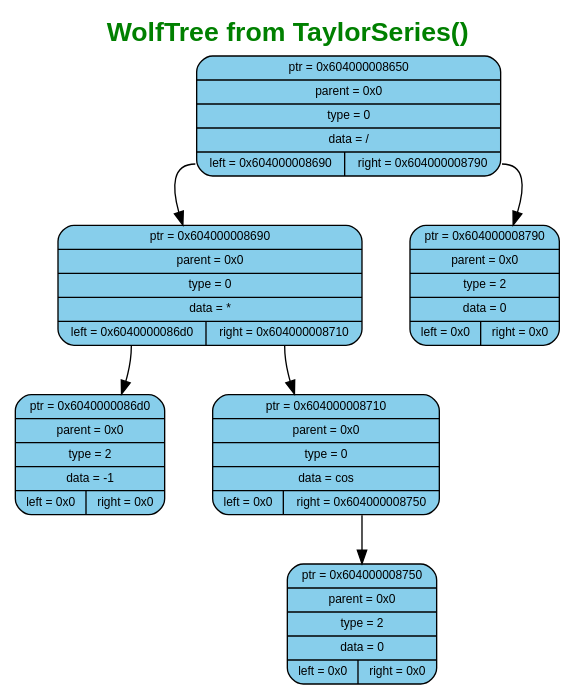
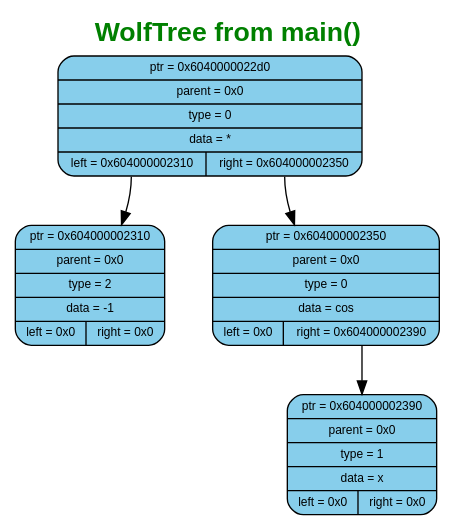
The diagram in WOLFRAM_SIGMA/ReportFiles/graphs/graph1/wolf.dot (murugov/WolframSigma), drawn with Graphviz before and after one commit. The commit also changed 33 other files, not shown here.

```diff
--- a/WOLFRAM_SIGMA/ReportFiles/graphs/graph1/wolf.dot
+++ b/WOLFRAM_SIGMA/ReportFiles/graphs/graph1/wolf.dot
@@ -1,25 +1,21 @@
 digraph G {
-	label=<<B>WolfTree from TaylorSeries()</B>>;
+	label=<<B>WolfTree from main()</B>>;
 	fontcolor="#008000";
 	fontname="Arial";
 	labelloc="top";
 	labeljust="center";
 	fontsize=20;
 	rankdir=TB;
 	center=true;
 	nodesep=0.5;
 	ranksep=0.5;
 	node[fontsize=9, shape=box, width=0.7, height=0.4, style="filled, rounded", fontname="Arial"];
 
-	n0 [shape=record, label="{ptr = 0x604000008650 | parent = 0x0 | type = 0 | data = / | {<left> left = 0x604000008690 | <right> right = 0x604000008790}}", fillcolor="#87CEEB", color="black"]
-	n1 [shape=record, label="{ptr = 0x604000008690 | parent = 0x0 | type = 0 | data = * | {<left> left = 0x6040000086d0 | <right> right = 0x604000008710}}", fillcolor="#87CEEB", color="black"]
+	n0 [shape=record, label="{ptr = 0x6040000022d0 | parent = 0x0 | type = 0 | data = * | {<left> left = 0x604000002310 | <right> right = 0x604000002350}}", fillcolor="#87CEEB", color="black"]
+	n1 [shape=record, label="{ptr = 0x604000002310 | parent = 0x0 | type = 2 | data = -1 | {<left> left = 0x0 | <right> right = 0x0}}", fillcolor="#87CEEB", color="black"]
 	n0:left -> n1
-	n2 [shape=record, label="{ptr = 0x604000008790 | parent = 0x0 | type = 2 | data = 0 | {<left> left = 0x0 | <right> right = 0x0}}", fillcolor="#87CEEB", color="black"]
+	n2 [shape=record, label="{ptr = 0x604000002350 | parent = 0x0 | type = 0 | data = cos | {<left> left = 0x0 | <right> right = 0x604000002390}}", fillcolor="#87CEEB", color="black"]
 	n0:right -> n2
-	n3 [shape=record, label="{ptr = 0x6040000086d0 | parent = 0x0 | type = 2 | data = -1 | {<left> left = 0x0 | <right> right = 0x0}}", fillcolor="#87CEEB", color="black"]
-	n1:left -> n3
-	n4 [shape=record, label="{ptr = 0x604000008710 | parent = 0x0 | type = 0 | data = cos | {<left> left = 0x0 | <right> right = 0x604000008750}}", fillcolor="#87CEEB", color="black"]
-	n1:right -> n4
-	n5 [shape=record, label="{ptr = 0x604000008750 | parent = 0x0 | type = 2 | data = 0 | {<left> left = 0x0 | <right> right = 0x0}}", fillcolor="#87CEEB", color="black"]
-	n4:right -> n5
+	n3 [shape=record, label="{ptr = 0x604000002390 | parent = 0x0 | type = 1 | data = x | {<left> left = 0x0 | <right> right = 0x0}}", fillcolor="#87CEEB", color="black"]
+	n2:right -> n3
 }
```
